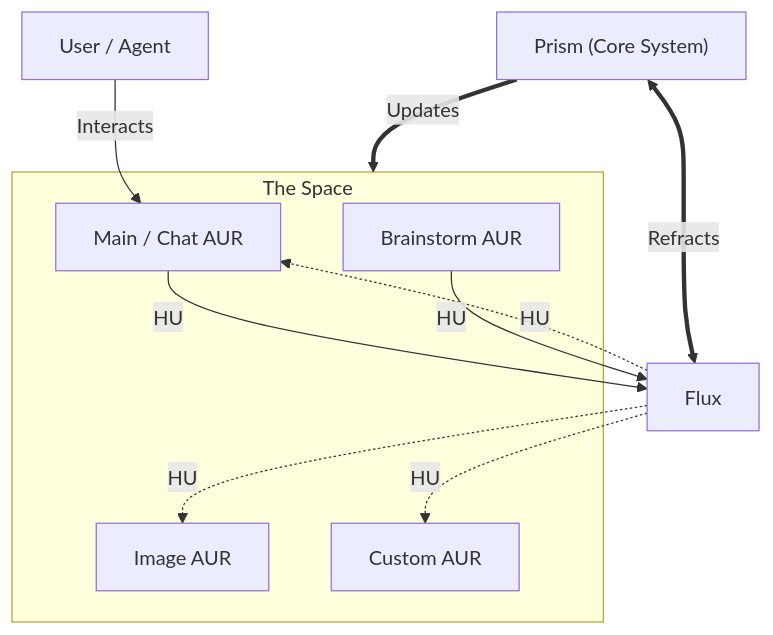
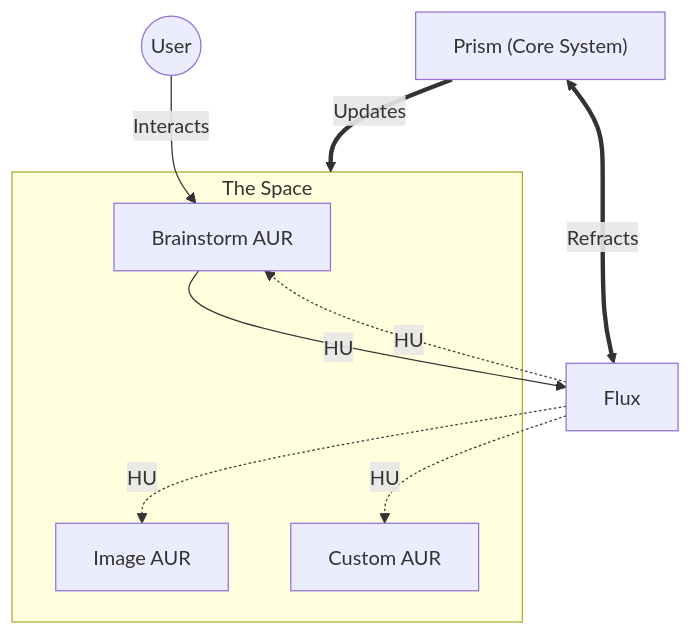
Before and after one commit to bahadiri/Aura: the diagram in documents/Architecture.md, drawn with Mermaid. The commit also changed 1 other file, not shown here.

Commit message:
docs: use user circle icon and replace MainAUR with BrainstormAUR

````diff
--- a/documents/Architecture.md
+++ b/documents/Architecture.md
@@ -12,23 +12,21 @@
 ```mermaid
 graph TD
-    User[User / Agent] -->|Interacts| MainAUR[Main / Chat AUR]
+    User((User)) -->|Interacts| AUR1[Brainstorm AUR]
     
     Prism["Prism (Core System)"]
     Flux[Flux]
     
     Prism <==>|Refracts| Flux
     Prism ==>|Updates| Space
 
     subgraph Space ["The Space"]
-        MainAUR
-        AUR1[Brainstorm AUR]
+        AUR1
         AUR2[Image AUR]
         AUR3[Custom AUR]
     end
 
-    MainAUR -->|"HU"| Flux
     AUR1 -->|"HU"| Flux
     Flux -.->|"HU"| AUR2
     Flux -.->|"HU"| AUR3
-    Flux -.->|"HU"| MainAUR
+    Flux -.->|"HU"| AUR1
 ```
````
